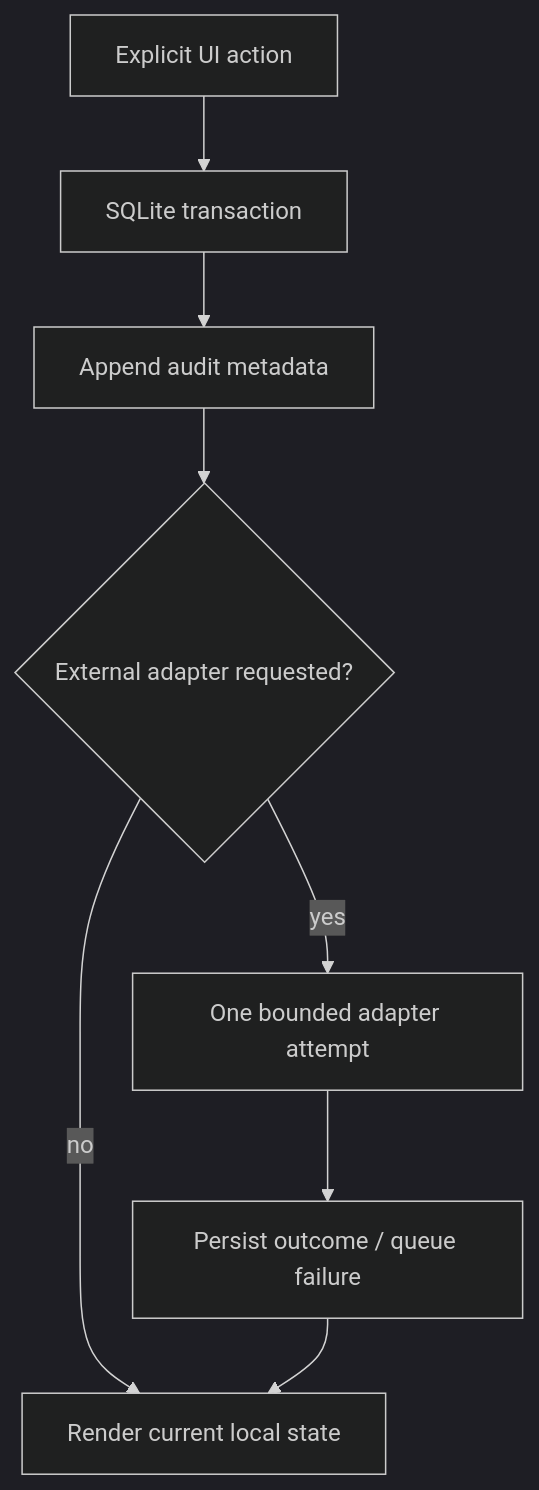
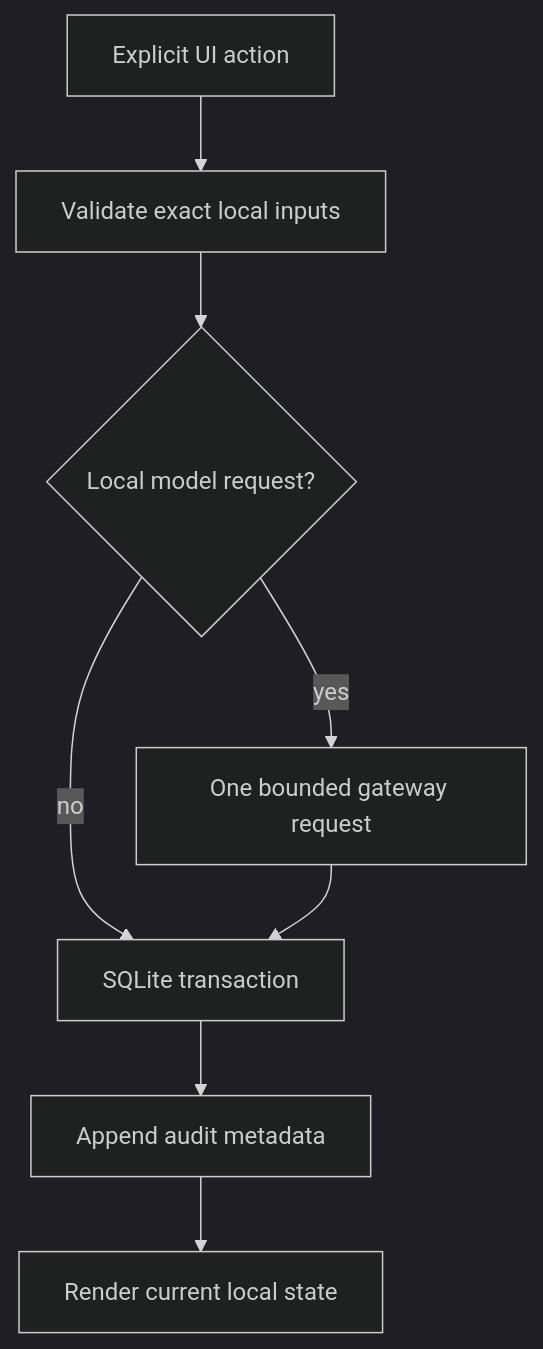
Before and after one commit to atjavier/career-workbench: the third of 3 diagrams in _bmad-output/planning-artifacts/architecture/architecture-Resume-2026-08-07/ARCHITECTURE-SPINE.md, drawn with Mermaid (dark theme). The commit also changed other lines of this file and 43 other files, not shown here.

````diff
--- a/_bmad-output/planning-artifacts/architecture/architecture-Resume-2026-08-07/ARCHITECTURE-SPINE.md
+++ b/_bmad-output/planning-artifacts/architecture/architecture-Resume-2026-08-07/ARCHITECTURE-SPINE.md
@@ -149,10 +160,10 @@
 ```mermaid
 flowchart TD
-  A[Explicit UI action] --> T[SQLite transaction]
+  A[Explicit UI action] --> V[Validate exact local inputs]
+  V --> D{Local model request?}
+  D -- no --> T[SQLite transaction]
+  D -- yes --> X[One bounded gateway request]
+  X --> T
   T --> AU[Append audit metadata]
-  AU --> D{External adapter requested?}
-  D -- no --> R[Render current local state]
-  D -- yes --> X[One bounded adapter attempt]
-  X --> S[Persist outcome / queue failure]
-  S --> R
+  AU --> R[Render current local state]
 ```
````
